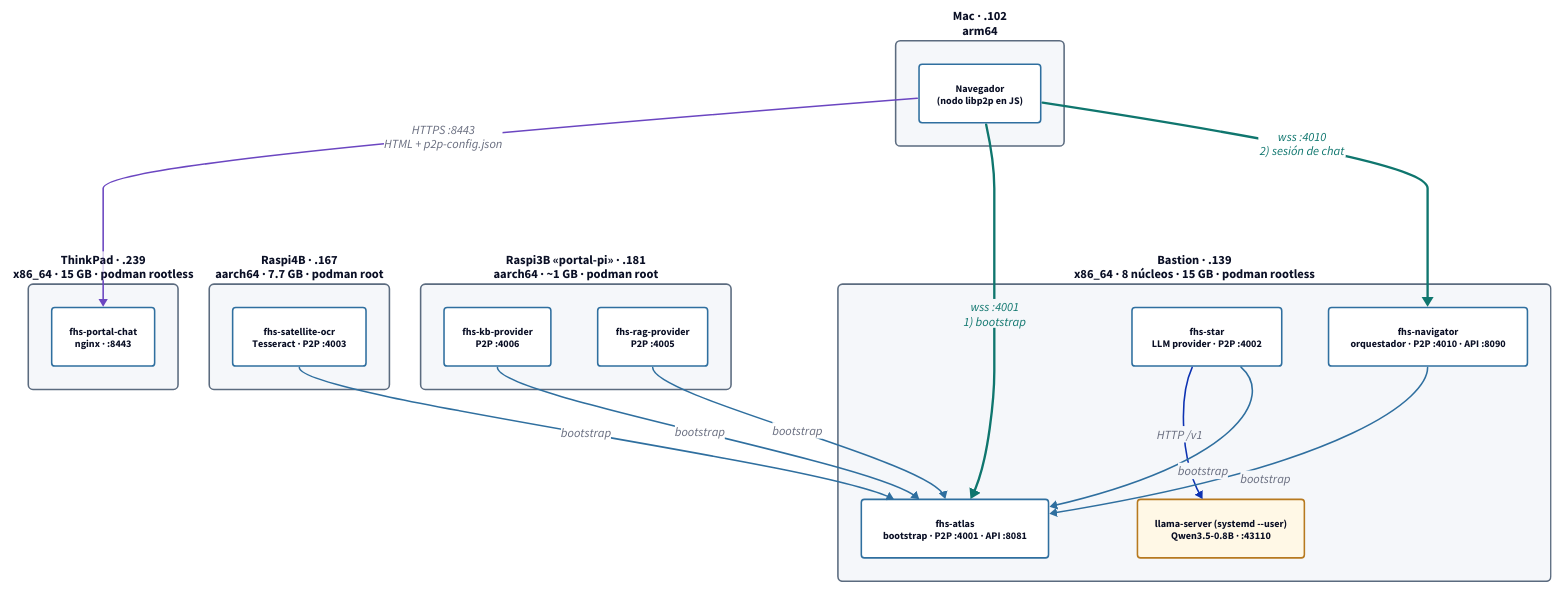
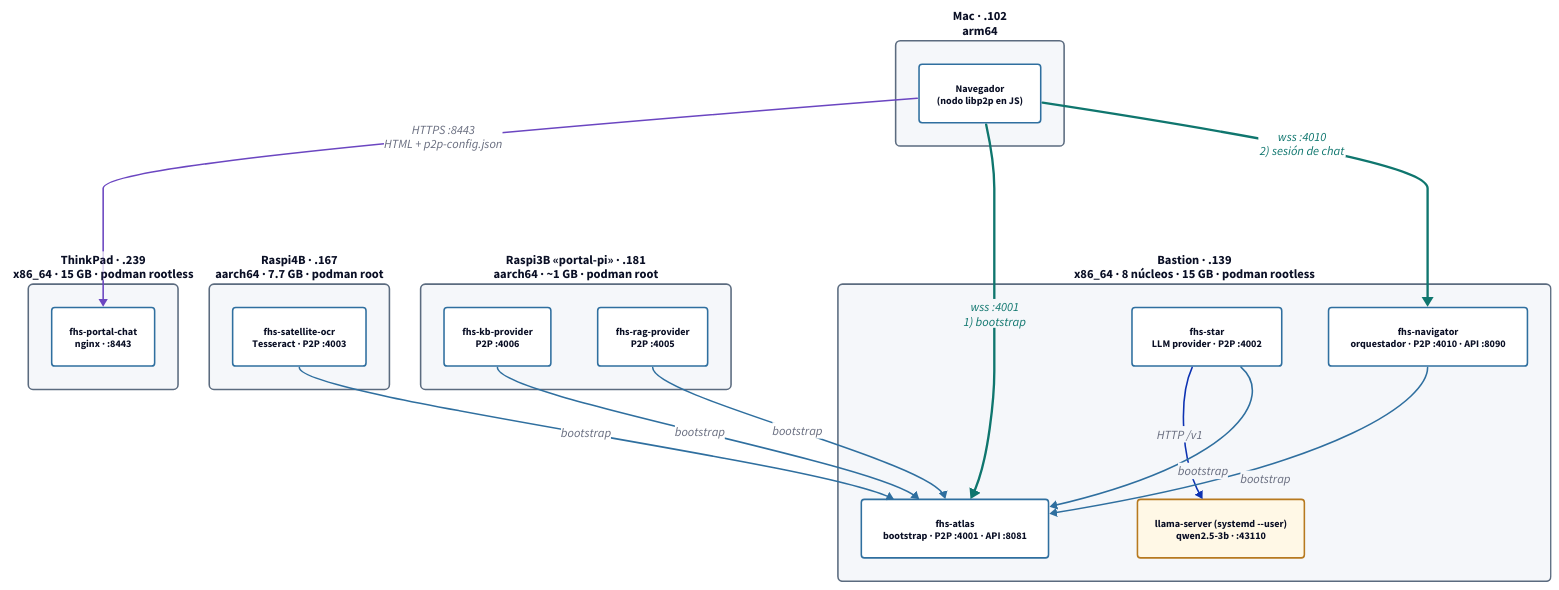
The diagram in docs/diagramas/topologia.d2 (rafex/galaxIA-gitops), drawn with D2 before and after one commit. The commit also changed 5 other files, not shown here.

```diff
--- a/docs/diagramas/topologia.d2
+++ b/docs/diagramas/topologia.d2
@@ -1,97 +1,97 @@
 # Topología de la PoC — qué corre dónde y quién habla con quién
 # Red soberana 192.168.1.0/24 (router OpenWrt 192.168.1.1). El acceso SSH
 # de operación está aparte: acceso-operacion.d2
 # Regenerar: scripts/render-diagramas.sh
 
 direction: down
 
 classes: {
   host: {
     style: {
       fill: "#F5F7FA"
       stroke: "#5B6B7F"
       border-radius: 6
       font-size: 16
       bold: true
     }
   }
   svc: {
     style: {
       fill: "#FFFFFF"
       stroke: "#2F6F9F"
       border-radius: 4
       font-size: 13
     }
   }
   llm: {
     style: {
       fill: "#FFF8E6"
       stroke: "#B7791F"
       border-radius: 4
       font-size: 13
     }
   }
   p2p: {
     style: {
       stroke: "#2F6F9F"
       stroke-width: 2
     }
   }
   browser: {
     style: {
       stroke: "#0F766E"
       stroke-width: 3
       font-color: "#0F766E"
     }
   }
   web: {
     style: {
       stroke: "#6B46C1"
       stroke-width: 2
     }
   }
 }
 
 mac: "Mac · .102\narm64" {
   class: host
   navegador: "Navegador\n(nodo libp2p en JS)" {class: svc}
 }
 
 thinkpad: "ThinkPad · .239\nx86_64 · 15 GB · podman rootless" {
   class: host
   portal: "fhs-portal-chat\nnginx · :8443" {class: svc}
 }
 
 bastion: "Bastion · .139\nx86_64 · 8 núcleos · 15 GB · podman rootless" {
   class: host
   atlas: "fhs-atlas\nbootstrap · P2P :4001 · API :8081" {class: svc}
   navigator: "fhs-navigator\norquestador · P2P :4010 · API :8090" {class: svc}
   star: "fhs-star\nLLM provider · P2P :4002" {class: svc}
-  llama: "llama-server (systemd --user)\nQwen3.5-0.8B · :43110" {class: llm}
+  llama: "llama-server (systemd --user)\nqwen2.5-3b · :43110" {class: llm}
   star -> llama: "HTTP /v1"
 }
 
 raspi4b: "Raspi4B · .167\naarch64 · 7.7 GB · podman root" {
   class: host
   ocr: "fhs-satellite-ocr\nTesseract · P2P :4003" {class: svc}
 }
 
 raspi3b: "Raspi3B «portal-pi» · .181\naarch64 · ~1 GB · podman root" {
   class: host
   kb: "fhs-kb-provider\nP2P :4006" {class: svc}
   rag: "fhs-rag-provider\nP2P :4005" {class: svc}
 }
 
 # Web: el navegador baja el portal y su p2p-config.json
 mac.navegador -> thinkpad.portal: "HTTPS :8443\nHTML + p2p-config.json" {class: web}
 
 # P2P: el navegador entra al swarm por Atlas y dialea directo a Navigator
 mac.navegador -> bastion.atlas: "wss :4001\n1) bootstrap" {class: browser}
 mac.navegador -> bastion.navigator: "wss :4010\n2) sesión de chat" {class: browser}
 
 # Cada provider y Navigator se enganchan a Atlas (dialBootstraps con reintento)
 bastion.navigator -> bastion.atlas: "bootstrap" {class: p2p}
 bastion.star -> bastion.atlas: "bootstrap" {class: p2p}
 raspi4b.ocr -> bastion.atlas: "bootstrap" {class: p2p}
 raspi3b.kb -> bastion.atlas: "bootstrap" {class: p2p}
 raspi3b.rag -> bastion.atlas: "bootstrap" {class: p2p}
```
